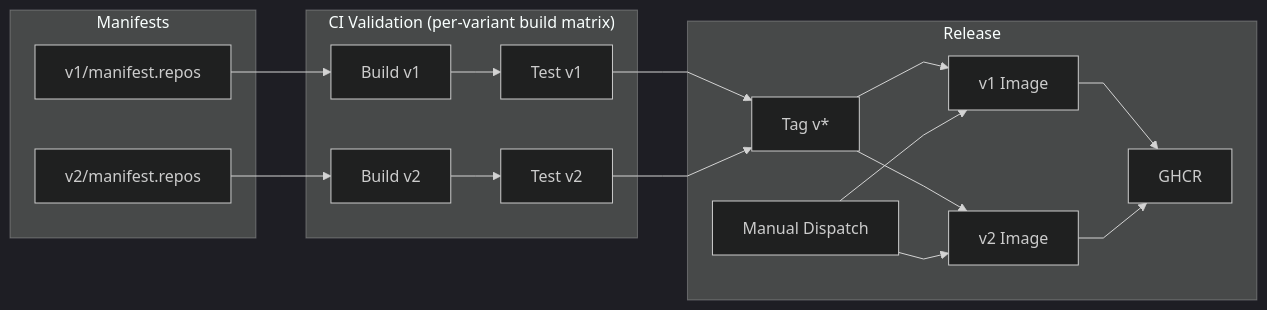
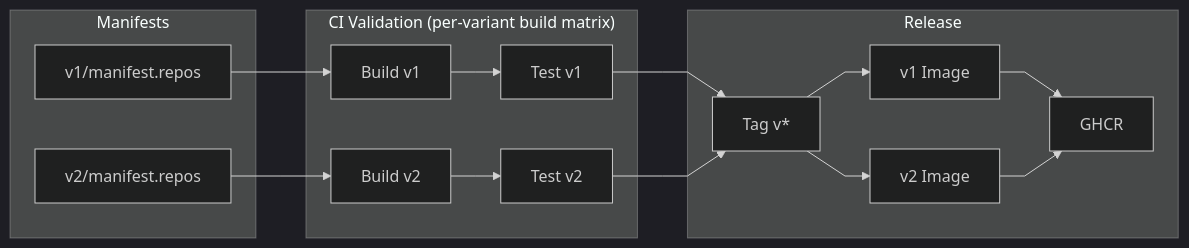
Before and after one commit to calebjakemossey/product-manifest: the diagram in README.md, drawn with Mermaid. The commit also changed other lines of this file and 3 other files, not shown here.

````diff
--- a/README.md
+++ b/README.md
@@ -7,32 +7,29 @@
 ```mermaid
 %%{init: {'theme': 'dark', 'flowchart': {'curve': 'linear'}}}%%
 flowchart LR
     subgraph Manifests
         V1[v1/manifest.repos]
         V2[v2/manifest.repos]
     end
 
     subgraph CI["CI Validation (per-variant build matrix)"]
         B1[Build v1]
         B2[Build v2]
         T1[Test v1]
         T2[Test v2]
     end
 
     subgraph Release
         TAG[Tag v*]
-        MANUAL[Manual Dispatch]
         IMG1[v1 Image]
         IMG2[v2 Image]
         GHCR[GHCR]
     end
 
     V1 --> B1 --> T1
     V2 --> B2 --> T2
     T1 --> TAG
     T2 --> TAG
     TAG --> IMG1 --> GHCR
     TAG --> IMG2 --> GHCR
-    MANUAL --> IMG1
-    MANUAL --> IMG2
 ```
````
